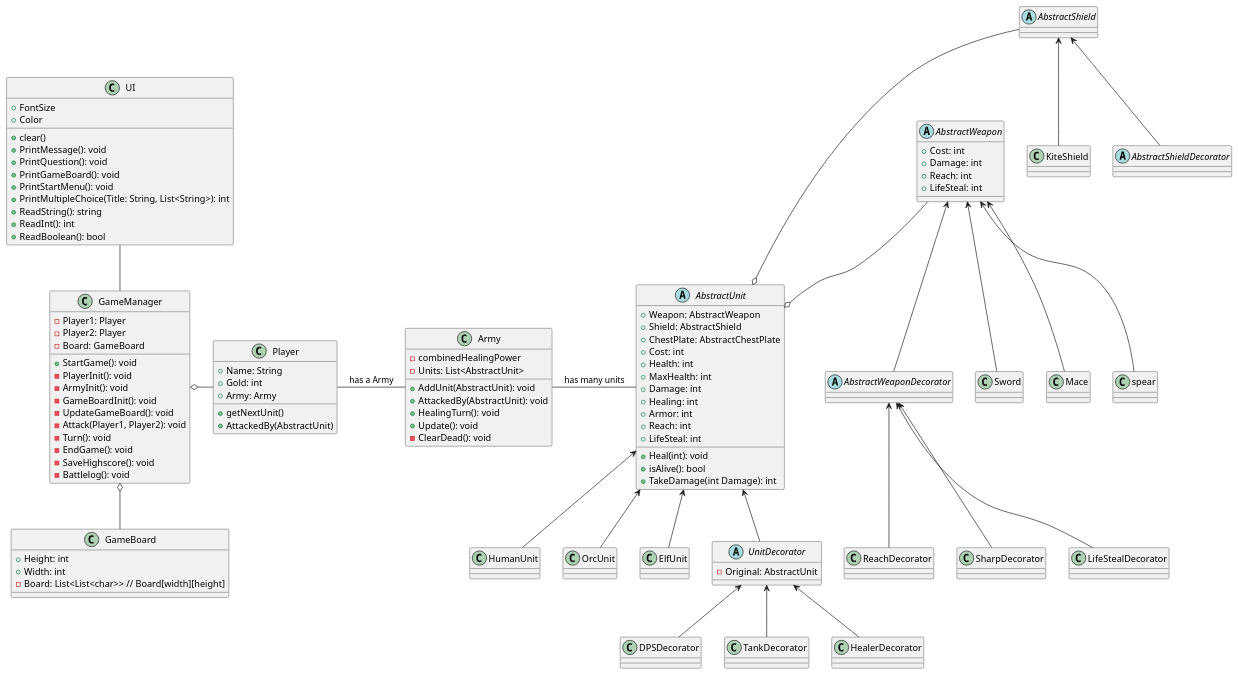
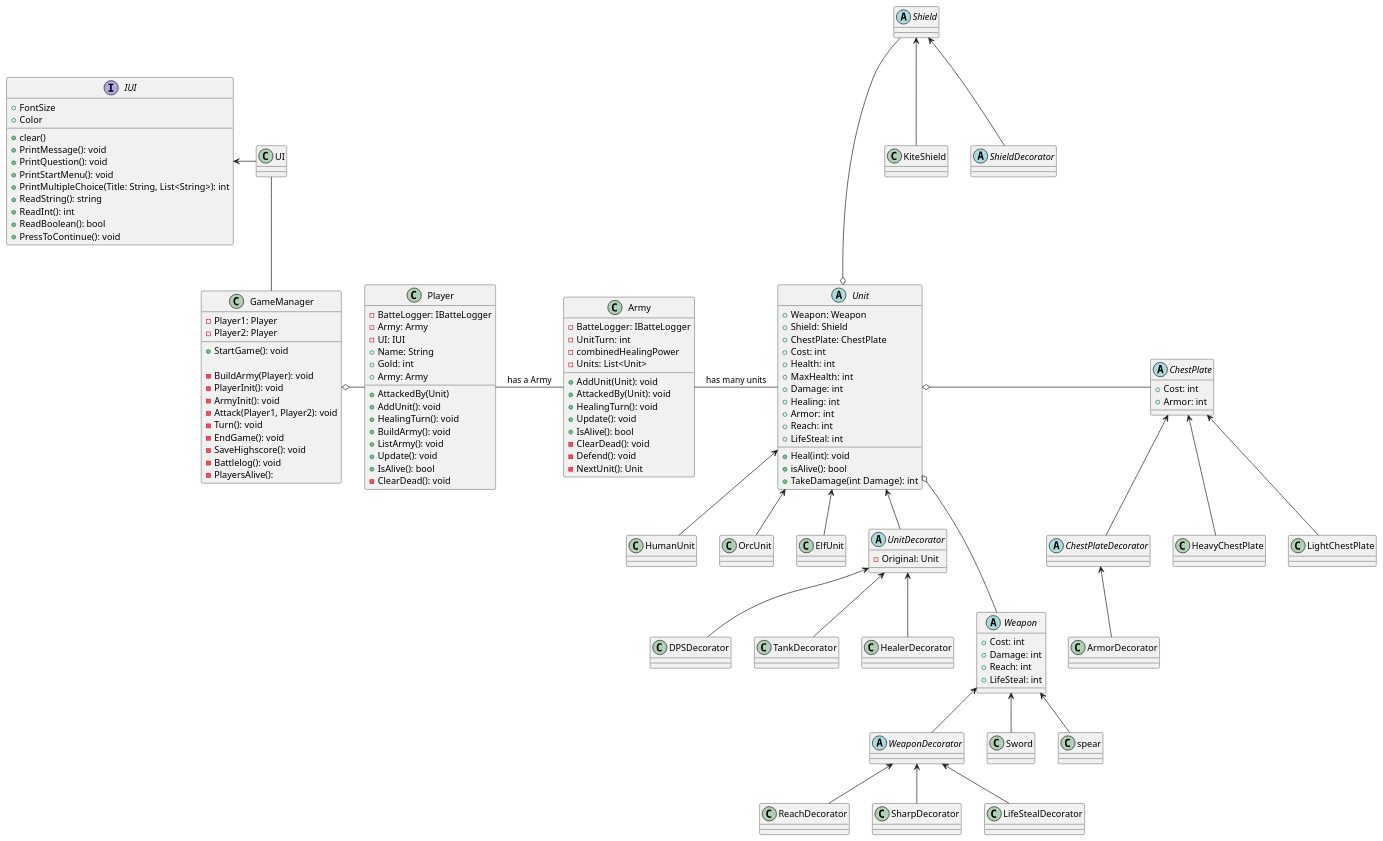
Before and after one commit to Fargekritt/SoftwareDesignEksamen: the diagram in SoftwareDesignEksamen/Eksamen.puml, drawn with PlantUML. The commit also changed 32 other files, not shown here.

Commit message:
Refactoring and uml update

```diff
--- a/SoftwareDesignEksamen/Eksamen.puml
+++ b/SoftwareDesignEksamen/Eksamen.puml
@@ -1,133 +1,162 @@
 @startuml
 'https://plantuml.com/class-diagram
-class UI{
+interface IUI{
 + FontSize
 + Color
 + clear()
 + PrintMessage(): void
 + PrintQuestion(): void
-+ PrintGameBoard(): void
 + PrintStartMenu(): void
 + PrintMultipleChoice(Title: String, List<String>): int
 + ReadString(): string
 + ReadInt(): int
 + ReadBoolean(): bool
++ PressToContinue(): void
 }
+
+class UI
+
 class GameManager{
 - Player1: Player
 - Player2: Player
-- Board: GameBoard 
 + StartGame(): void
+
+- BuildArmy(Player): void
 - PlayerInit(): void
 - ArmyInit(): void
-- GameBoardInit(): void
-- UpdateGameBoard(): void
 - Attack(Player1, Player2): void
 - Turn(): void
 - EndGame(): void
 - SaveHighscore(): void
 - Battlelog(): void
-}
-class GameBoard{
-+ Height: int
-+ Width: int
-- Board: List<List<char>> // Board[width][height]
+- PlayersAlive():
+
 }
 
 
 class Army {
+- BatteLogger: IBatteLogger
+- UnitTurn: int
 - combinedHealingPower
-- Units: List<AbstractUnit>
-+ AddUnit(AbstractUnit): void
-+ AttackedBy(AbstractUnit): void
+- Units: List<Unit>
++ AddUnit(Unit): void
++ AttackedBy(Unit): void
 + HealingTurn(): void
 + Update(): void
++ IsAlive(): bool
 - ClearDead(): void
+- Defend(): void
+- NextUnit(): Unit
+
 }
 class Player{
+- BatteLogger: IBatteLogger
+- Army: Army
+- UI: IUI
 + Name: String
 + Gold: int
 + Army: Army
-+ getNextUnit()
-+ AttackedBy(AbstractUnit)
++ AttackedBy(Unit)
++ AddUnit(): void
++ HealingTurn(): void
++ BuildArmy(): void
++ ListArmy(): void
++ Update(): void
++ IsAlive(): bool
+- ClearDead(): void
 }
 
-abstract class AbstractUnit{
-+ Weapon: AbstractWeapon
-+ Shield: AbstractShield
-+ ChestPlate: AbstractChestPlate
+abstract class Unit{
++ Weapon: Weapon
++ Shield: Shield
++ ChestPlate: ChestPlate
 + Cost: int
 + Health: int
 + MaxHealth: int
 + Damage: int
 + Healing: int
 + Armor: int
 + Reach: int
 + Heal(int): void
 + LifeSteal: int
 + isAlive(): bool
 + TakeDamage(int Damage): int
 }
 class HumanUnit
 class OrcUnit
 class ElfUnit
 abstract class UnitDecorator{
-- Original: AbstractUnit
+- Original: Unit
 }
 class DPSDecorator
 class TankDecorator
 class HealerDecorator
 
-abstract class AbstractWeapon{
+abstract class Weapon{
 + Cost: int
 + Damage: int
 + Reach: int
 + LifeSteal: int
 }
 
-abstract class AbstractWeaponDecorator
+abstract class WeaponDecorator
 class ReachDecorator
 class SharpDecorator
 class LifeStealDecorator
 
-abstract class AbstractShield
+abstract class Shield
 class KiteShield
 
-abstract class AbstractShieldDecorator
+abstract class ShieldDecorator
 
-class Sword
-class Mace
-class spear
 
-AbstractShield <-- AbstractShieldDecorator
-AbstractShield <-- KiteShield
 
-AbstractWeapon <-- AbstractWeaponDecorator
-AbstractWeapon <-- Sword
-AbstractWeapon <-- Mace
-AbstractWeapon <-- spear
+abstract class ChestPlate{
++ Cost: int
++ Armor: int
+}
 
-AbstractWeaponDecorator <-- ReachDecorator
-AbstractWeaponDecorator <-- SharpDecorator
-AbstractWeaponDecorator <-- LifeStealDecorator
+abstract class ChestPlateDecorator
+class HeavyChestPlate
+class LightChestPlate
 
+class ArmorDecorator
+
+ChestPlate <-- ChestPlateDecorator
+ChestPlate <-- HeavyChestPlate
+ChestPlate <-- LightChestPlate
+
+ChestPlateDecorator <-- ArmorDecorator
+
+Shield <-- ShieldDecorator
+Shield <-- KiteShield
+
+Weapon <-- WeaponDecorator
+Weapon <-- Sword
+Weapon <-- spear
+
+WeaponDecorator <-- ReachDecorator
+WeaponDecorator <-- SharpDecorator
+WeaponDecorator <-- LifeStealDecorator
+
+IUI <- UI
 UI -- GameManager
 GameManager o- Player
-GameManager o-- GameBoard
 Player - Army : has a Army
-Army - AbstractUnit : has many units
-AbstractWeapon --o AbstractUnit
-AbstractShield ---o AbstractUnit
-AbstractUnit <-- HumanUnit
-AbstractUnit <-- OrcUnit
-AbstractUnit <-- ElfUnit
-AbstractUnit <-- UnitDecorator
+Army - Unit : has many units
+Unit o--- Weapon
+Unit o- ChestPlate
+Shield ---o Unit
+Unit <-- HumanUnit
+Unit <-- OrcUnit
+Unit <-- ElfUnit
+Unit <-- UnitDecorator
 UnitDecorator <-- TankDecorator
 UnitDecorator <-- DPSDecorator
 UnitDecorator <-- HealerDecorator
 
 
 
 
 
 @enduml
```
